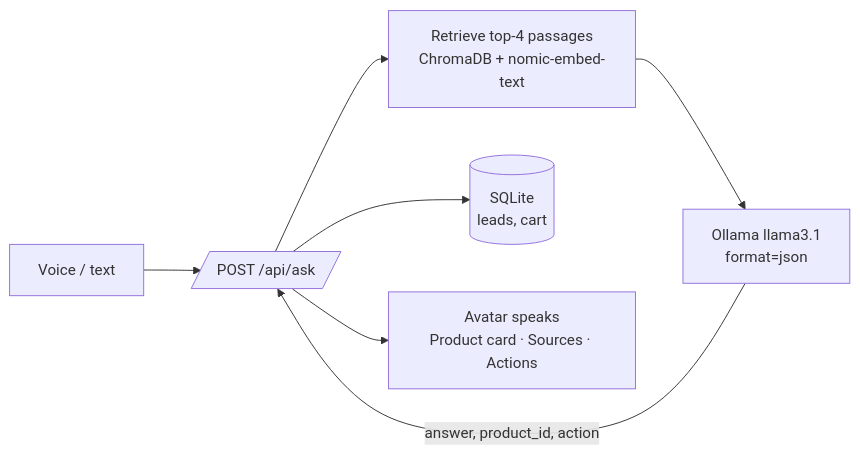
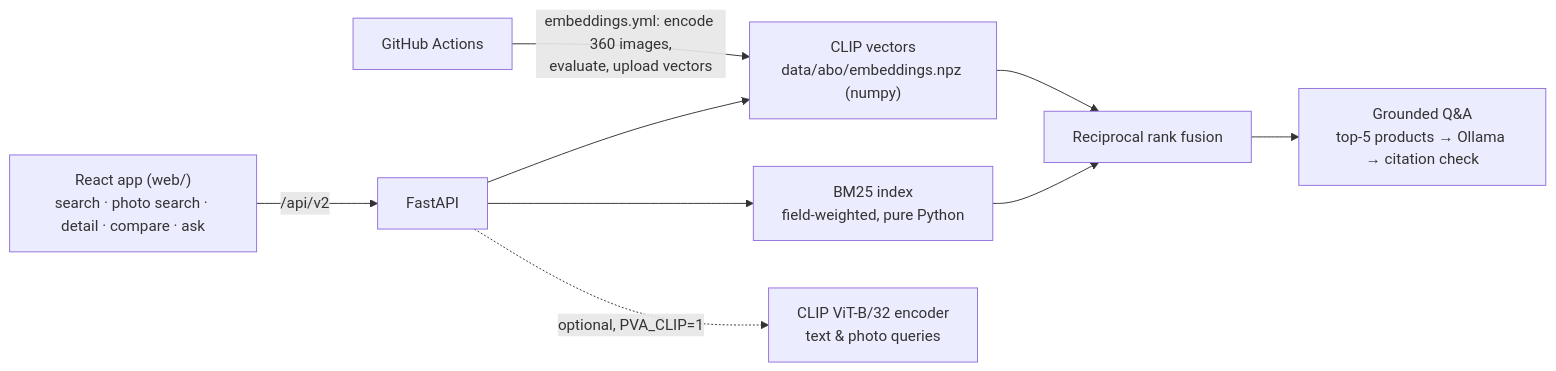
Before and after one commit to tanviwadgaonkar/product-visual-agent: the diagram in README.md, drawn with Mermaid. The commit also changed other lines of this file and 5 other files, not shown here.

````diff
--- a/README.md
+++ b/README.md
@@ -15,9 +17,10 @@
 ```mermaid
 flowchart LR
-  Mic[Voice / text] --> API[/POST /api/ask/]
-  API --> R[Retrieve top-4 passages<br/>ChromaDB + nomic-embed-text]
-  R --> LLM[Ollama llama3.1<br/>format=json]
-  LLM -->|answer, product_id, action| API
-  API --> DB[(SQLite<br/>leads, cart)]
-  API --> UI[Avatar speaks<br/>Product card · Sources · Actions]
+    UI["React app (web/)<br/>search · photo search · detail · compare · ask"] -->|/api/v2| API[FastAPI]
+    API --> KW["BM25 index<br/>field-weighted, pure Python"]
+    API --> VEC["CLIP vectors<br/>data/abo/embeddings.npz (numpy)"]
+    API -. "optional, PVA_CLIP=1" .-> ENC["CLIP ViT-B/32 encoder<br/>text & photo queries"]
+    KW & VEC --> RRF[Reciprocal rank fusion]
+    RRF --> QA["Grounded Q&A<br/>top-5 products → Ollama → citation check"]
+    GH["GitHub Actions"] -->|"embeddings.yml: encode 360 images,<br/>evaluate, upload vectors"| VEC
 ```
````
